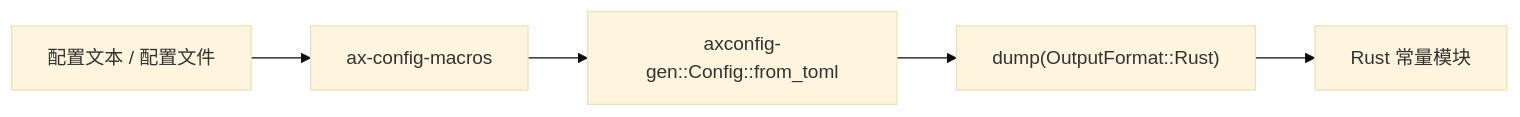
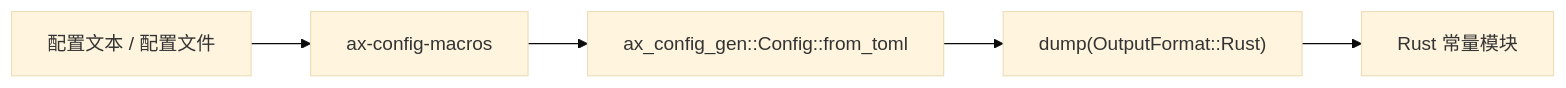
Before and after one commit to zKurisu/tgoskits: the first of 2 diagrams in docs/crates/ax-config-macros.md, drawn with Mermaid (base theme). The commit also changed other lines of this file and 47 other files, not shown here.

Commit message:
rename axconfig-gen to ax-config-gen

````diff
--- a/docs/crates/ax-config-macros.md
+++ b/docs/crates/ax-config-macros.md
@@ -20,7 +20,7 @@
 ```mermaid
 flowchart LR
     A["配置文本 / 配置文件"] --> B["ax-config-macros"]
-    B --> C["axconfig-gen::Config::from_toml"]
+    B --> C["ax_config_gen::Config::from_toml"]
     C --> D["dump(OutputFormat::Rust)"]
     D --> E["Rust 常量模块"]
 ```
````
